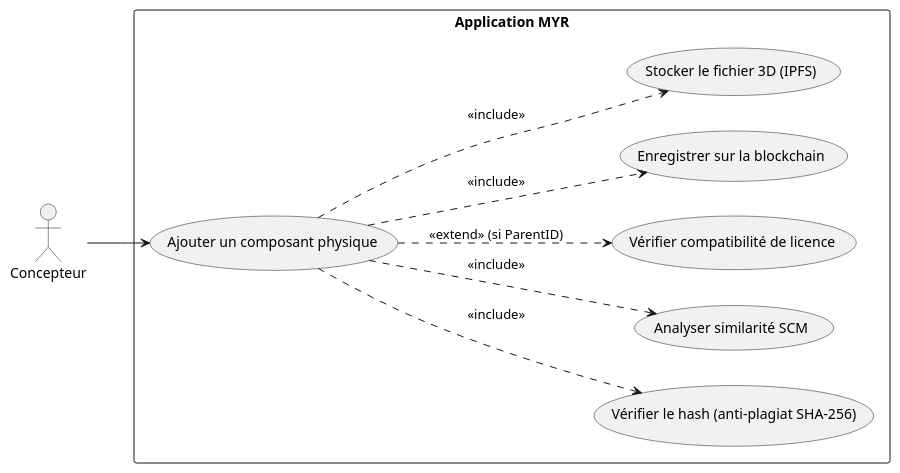
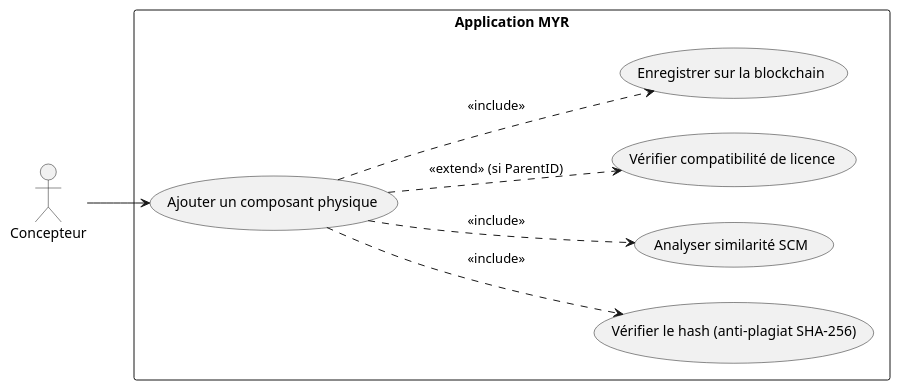
Before and after one commit to myr-forge/myr-core: the first of 2 diagrams in specs/2-Analyse/UCCE-Composant_Ecriture/UCCE01.md, drawn with PlantUML. The commit also changed other lines of this file and 18 other files, not shown here.

````diff
--- a/specs/2-Analyse/UCCE-Composant_Ecriture/UCCE01.md
+++ b/specs/2-Analyse/UCCE-Composant_Ecriture/UCCE01.md
@@ -14,24 +14,22 @@
 ```plantuml
 @startuml
 left to right direction
 
 actor "Concepteur" as C
 
 rectangle "Application MYR" {
     usecase "Ajouter un composant physique" as UC1
     usecase "Vérifier le hash (anti-plagiat SHA-256)" as UC2
     usecase "Analyser similarité SCM" as UC3
     usecase "Vérifier compatibilité de licence" as UC4
     usecase "Enregistrer sur la blockchain" as UC5
-    usecase "Stocker le fichier 3D (IPFS)" as UC6
 }
 
 C --> UC1
 UC1 ..> UC2 : <<include>>
 UC1 ..> UC3 : <<include>>
 UC1 ..> UC4 : <<extend>> (si ParentID)
 UC1 ..> UC5 : <<include>>
-UC1 ..> UC6 : <<include>>
 
 @enduml
 ```
````
